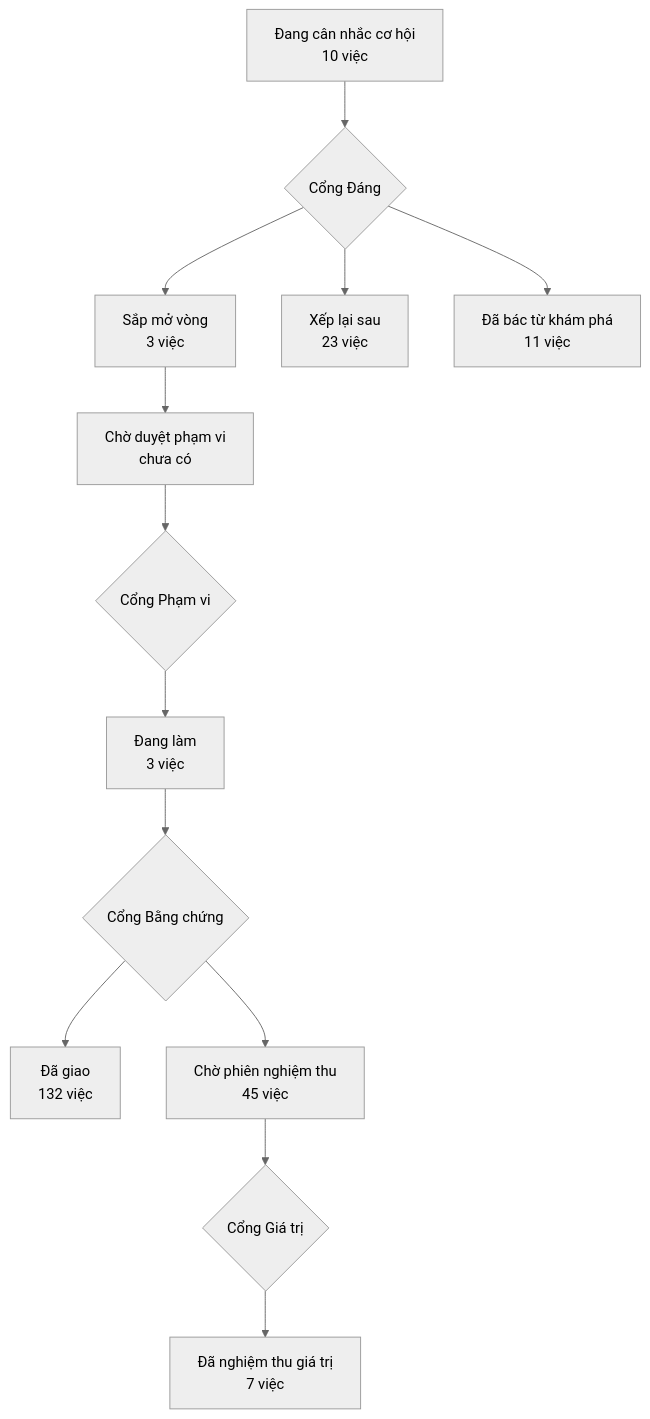
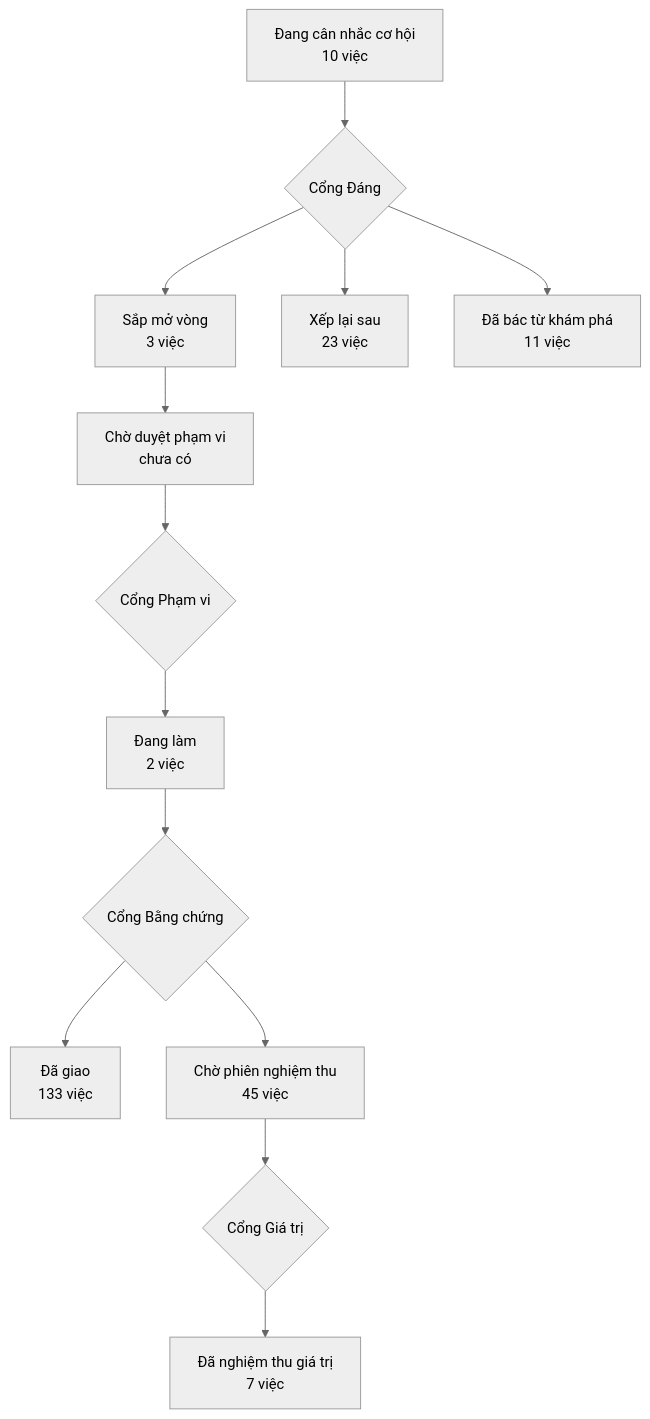
The diagram in PRODUCT-MAP.md (phanlemanh/acceptance-gate-kit), drawn with Mermaid (neutral theme) before and after one commit. The commit also changed 6 other files, not shown here.

````diff
--- a/PRODUCT-MAP.md
+++ b/PRODUCT-MAP.md
@@ -7,12 +7,12 @@
 ```mermaid
 flowchart TD
   A["Đang cân nhắc cơ hội<br/>10 việc"] --> GD{"Cổng Đáng"}
   GD --> B["Sắp mở vòng<br/>3 việc"]
   GD --> XL["Xếp lại sau<br/>23 việc"]
   GD --> DB["Đã bác từ khám phá<br/>11 việc"]
   B --> CD["Chờ duyệt phạm vi<br/>chưa có"] --> GP{"Cổng Phạm vi"}
-  GP --> DL["Đang làm<br/>3 việc"] --> GB{"Cổng Bằng chứng"}
-  GB --> DG["Đã giao<br/>132 việc"]
+  GP --> DL["Đang làm<br/>2 việc"] --> GB{"Cổng Bằng chứng"}
+  GB --> DG["Đã giao<br/>133 việc"]
   GB --> CN["Chờ phiên nghiệm thu<br/>45 việc"] --> GG{"Cổng Giá trị"}
   GG --> NT["Đã nghiệm thu giá trị<br/>7 việc"]
 ```
````
